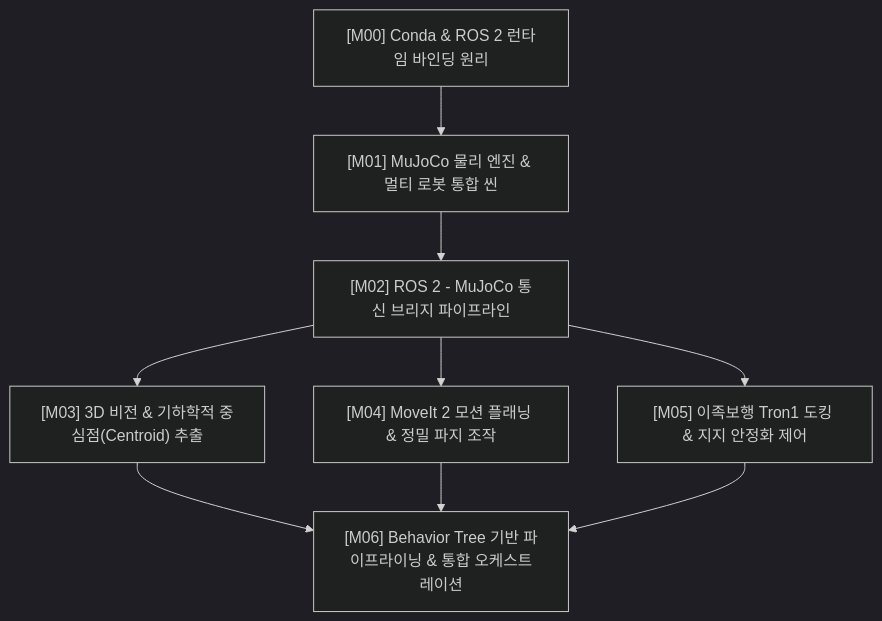
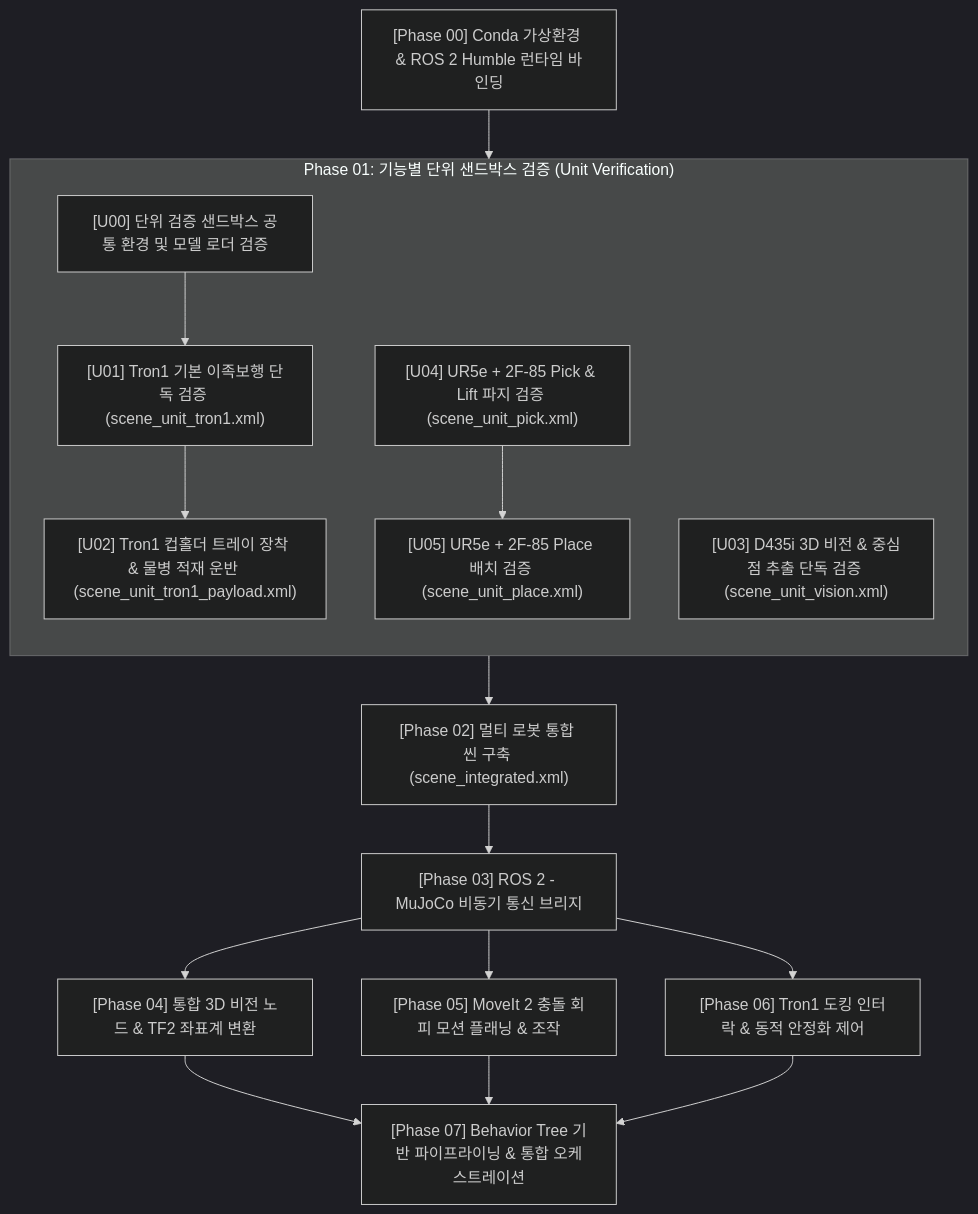
One commit to Centaucyan/Proj_Transferring_bottle_from_tron1_to_ur5e_in_mujoco_env changed the diagram in documents/development_roadmap/rm_full_development_roadmap.md. Above: the diagram before and after it, drawn with Mermaid (dark theme). The commit also changed other lines of this file and 4 other files, not shown here.

````diff
--- a/documents/development_roadmap/rm_full_development_roadmap.md
+++ b/documents/development_roadmap/rm_full_development_roadmap.md
@@ -27,11 +35,23 @@
 ```mermaid
 flowchart TD
-    M00["[M00] Conda & ROS 2 런타임 바인딩 원리"] --> M01["[M01] MuJoCo 물리 엔진 & 멀티 로봇 통합 씬"]
-    M01 --> M02["[M02] ROS 2 - MuJoCo 통신 브리지 파이프라인"]
-    M02 --> M03["[M03] 3D 비전 & 기하학적 중심점(Centroid) 추출"]
-    M02 --> M04["[M04] MoveIt 2 모션 플래닝 & 정밀 파지 조작"]
-    M02 --> M05["[M05] 이족보행 Tron1 도킹 & 지지 안정화 제어"]
-    M03 --> M06["[M06] Behavior Tree 기반 파이프라이닝 & 통합 오케스트레이션"]
-    M04 --> M06
-    M05 --> M06
+    P00["[Phase 00] Conda 가상환경 & ROS 2 Humble 런타임 바인딩"] --> Phase01
+
+    subgraph Phase01 ["Phase 01: 기능별 단위 샌드박스 검증 (Unit Verification)"]
+        direction TB
+        U00["[U00] 단위 검증 샌드박스 공통 환경 및 모델 로더 검증"] --> U01
+        U01["[U01] Tron1 기본 이족보행 단독 검증 (scene_unit_tron1.xml)"] --> U02
+        U02["[U02] Tron1 컵홀더 트레이 장착 & 물병 적재 운반 (scene_unit_tron1_payload.xml)"]
+        U03["[U03] D435i 3D 비전 & 중심점 추출 단독 검증 (scene_unit_vision.xml)"]
+        U04["[U04] UR5e + 2F-85 Pick & Lift 파지 검증 (scene_unit_pick.xml)"] --> U05
+        U05["[U05] UR5e + 2F-85 Place 배치 검증 (scene_unit_place.xml)"]
+    end
+
+    Phase01 --> P02["[Phase 02] 멀티 로봇 통합 씬 구축 (scene_integrated.xml)"]
+    P02 --> P03["[Phase 03] ROS 2 - MuJoCo 비동기 통신 브리지"]
+    P03 --> P04["[Phase 04] 통합 3D 비전 노드 & TF2 좌표계 변환"]
+    P03 --> P05["[Phase 05] MoveIt 2 충돌 회피 모션 플래닝 & 조작"]
+    P03 --> P06["[Phase 06] Tron1 도킹 인터락 & 동적 안정화 제어"]
+    P04 --> P07["[Phase 07] Behavior Tree 기반 파이프라이닝 & 통합 오케스트레이션"]
+    P05 --> P07
+    P06 --> P07
 ```
````
